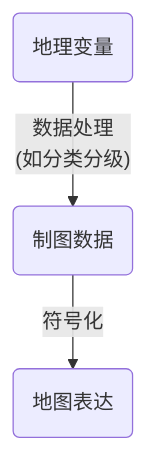
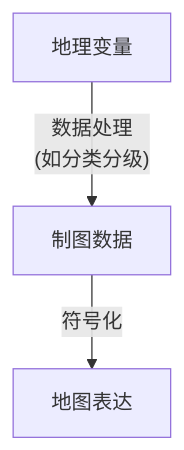
Before and after one commit to Linho1219/LinhoNotes: the diagram in 测绘工程/地图制图基础/2-地图数据源.md, drawn with Mermaid. The commit also changed 2 other files, not shown here.

Commit message:
地图语言基础整理

````diff
--- a/测绘工程/地图制图基础/2-地图数据源.md
+++ b/测绘工程/地图制图基础/2-地图数据源.md
@@ -11,8 +11,5 @@
 ```mermaid
 flowchart TB
-    a("地理变量")
-    a -- 数据处理<br>(如分类分级) --> b
-    b("制图数据")
-    b -- 符号化 --> c
-    c("地图表达")
+    地理变量 -- 数据处理<br>(如分类分级) --> 制图数据
+    制图数据 -- 符号化 --> 地图表达
 ```
````
